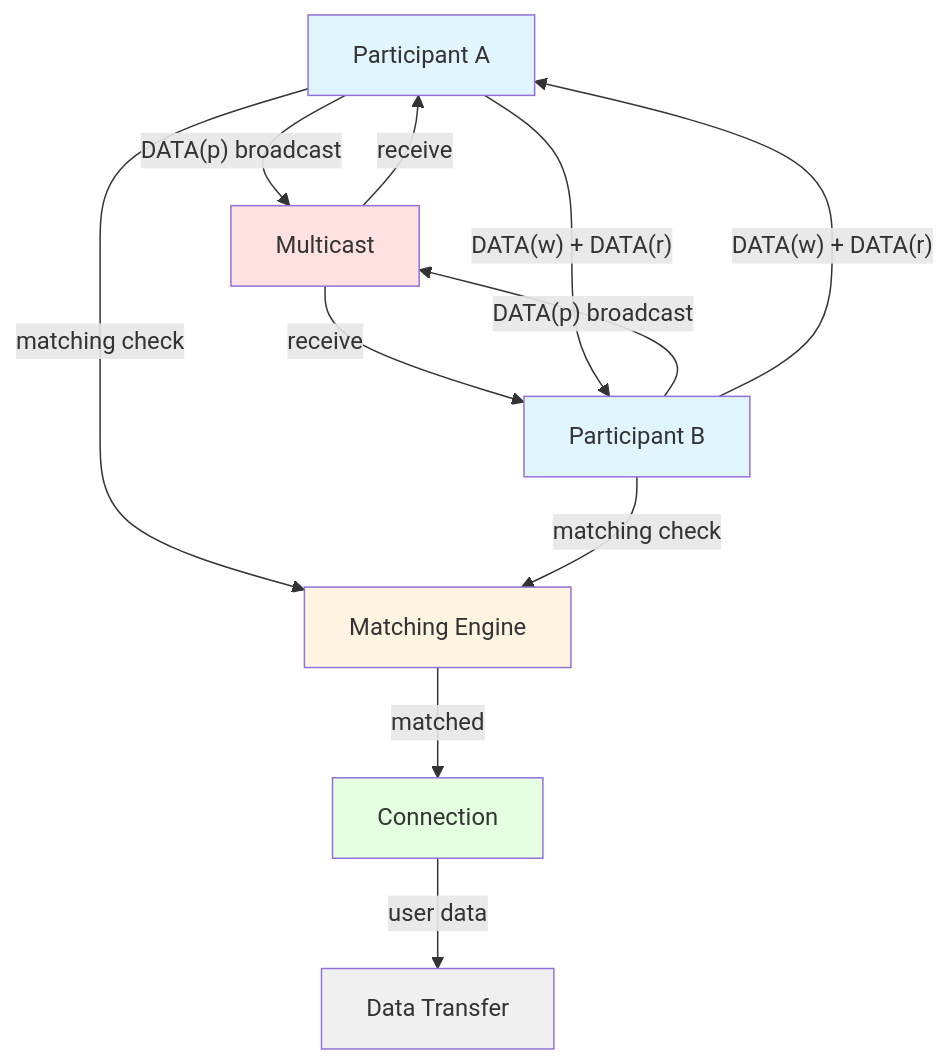
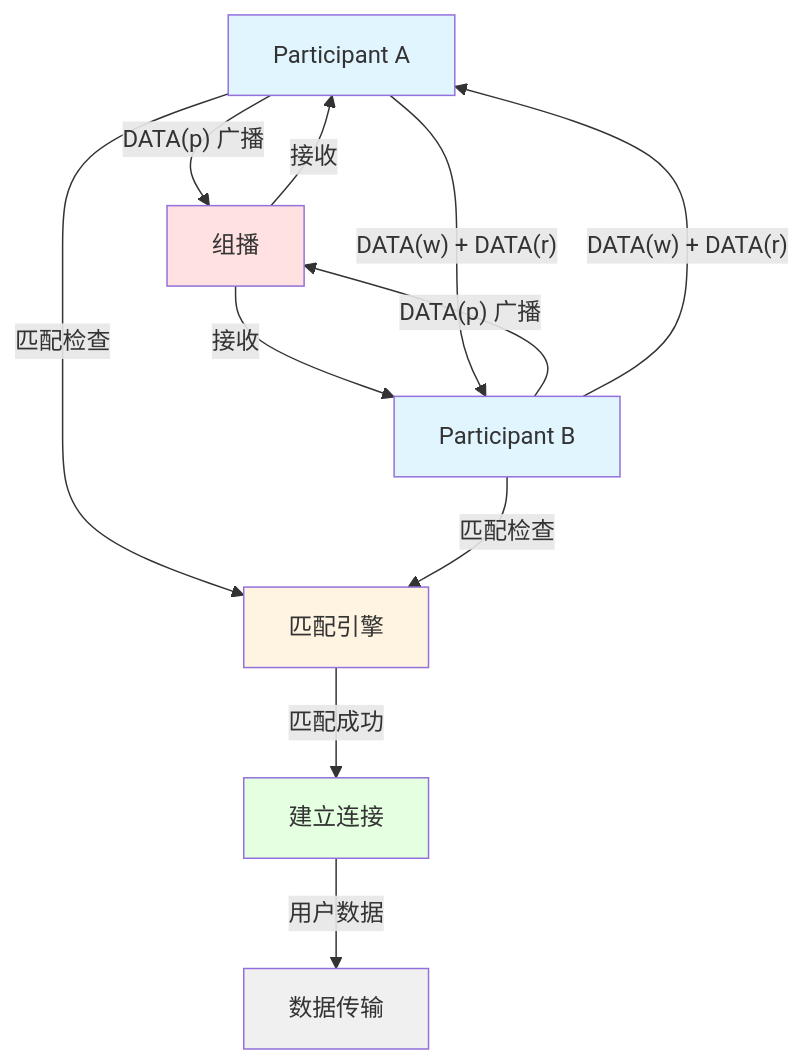
The third of 4 diagrams in 03-Discovery-Mechanism.md (hex623/fastdds-notes), drawn with Mermaid before and after one commit.

Commit message:
恢复中文标签 - 使用双引号正确包裹中文字符

````diff
--- a/03-Discovery-Mechanism.md
+++ b/03-Discovery-Mechanism.md
@@ -321,22 +321,22 @@
 ```mermaid
 graph TB
-    P1["Participant A"] -->|"DATA(p) broadcast"| M1["Multicast"]
-    P2["Participant B"] -->|"DATA(p) broadcast"| M1
-    M1 -->|"receive"| P1
-    M1 -->|"receive"| P2
-    
+    P1["Participant A"] -->|"DATA(p) 广播"| M1["组播"]
+    P2["Participant B"] -->|"DATA(p) 广播"| M1
+    M1 -->|"接收"| P1
+    M1 -->|"接收"| P2
+
     P1 -->|"DATA(w) + DATA(r)"| P2
     P2 -->|"DATA(w) + DATA(r)"| P1
-    
-    P1 -->|"matching check"| M["Matching Engine"]
-    P2 -->|"matching check"| M
-    M -->|"matched"| C["Connection"]
-    C -->|"user data"| D["Data Transfer"]
-    
+
+    P1 -->|"匹配检查"| M["匹配引擎"]
+    P2 -->|"匹配检查"| M
+    M -->|"匹配成功"| C["建立连接"]
+    C -->|"用户数据"| D["数据传输"]
+
     style P1 fill:#e1f5ff
     style P2 fill:#e1f5ff
     style M1 fill:#ffe1e1
     style M fill:#fff4e1
     style C fill:#e5ffe1
     style D fill:#f0f0f0
 ```
````
